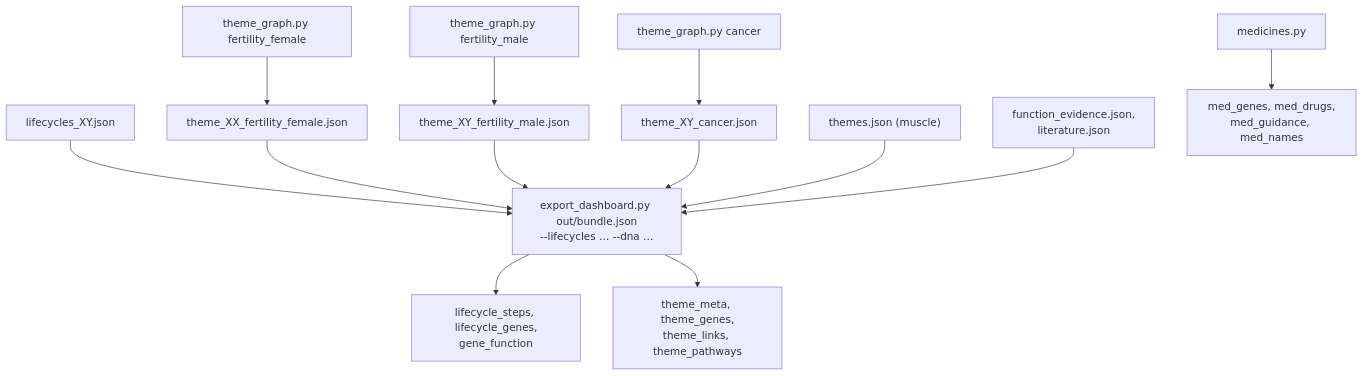
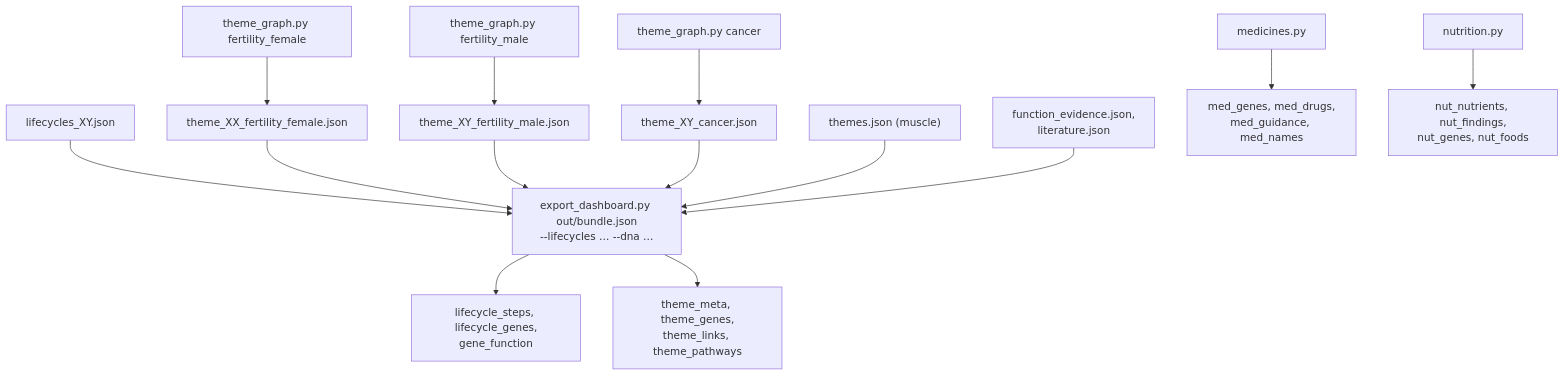
Before and after one commit to Lyceriuss/DNA-Analyzer: the second of 4 diagrams in docs/architecture/explorer.md, drawn with Mermaid. The commit also changed other lines of this file and 17 other files, not shown here.

First line of the commit message:
Nutrition module: genetic blood levels, NNR 2023 intake and Swedish foods per nutrient

````diff
--- a/docs/architecture/explorer.md
+++ b/docs/architecture/explorer.md
@@ -35,13 +37,14 @@
 ```mermaid
 flowchart TB
     T1["theme_graph.py fertility_female"] --> X1["theme_XX_fertility_female.json"]
     T2["theme_graph.py fertility_male"] --> X2["theme_XY_fertility_male.json"]
     T3["theme_graph.py cancer"] --> X3["theme_XY_cancer.json"]
     LC["lifecycles_XY.json"] --> E
     X1 & X2 & X3 --> E["export_dashboard.py out/bundle.json<br/>--lifecycles … --dna …"]
     TH["themes.json (muscle)"] --> E
     EVJ["function_evidence.json,<br/>literature.json"] --> E
     E --> D1["lifecycle_steps, lifecycle_genes,<br/>gene_function"]
     E --> D2["theme_meta, theme_genes,<br/>theme_links, theme_pathways"]
     MP["medicines.py"] --> D3["med_genes, med_drugs,<br/>med_guidance, med_names"]
+    NP["nutrition.py"] --> D4["nut_nutrients, nut_findings,<br/>nut_genes, nut_foods"]
 ```
````
